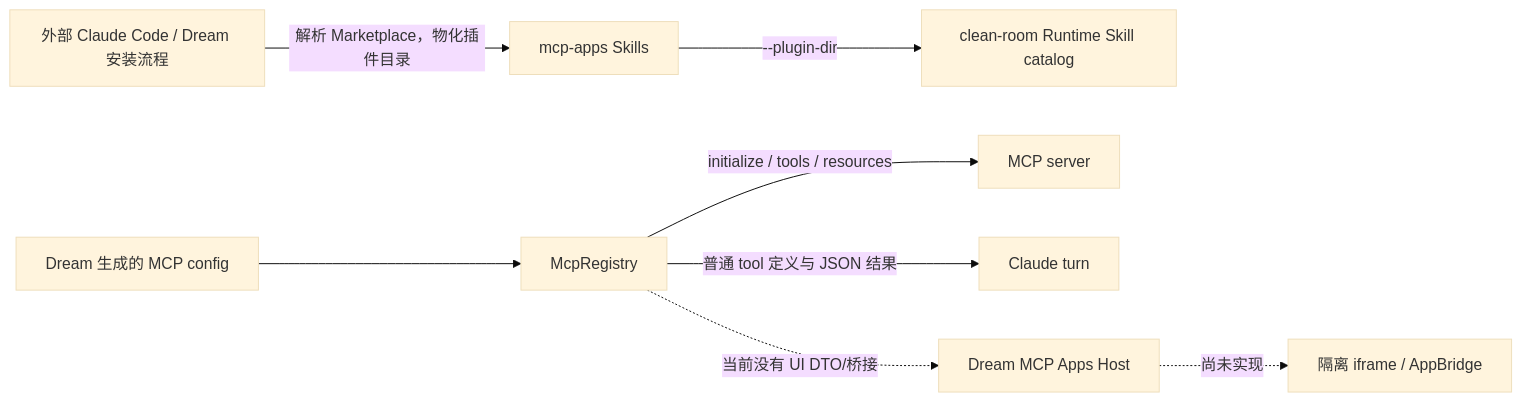
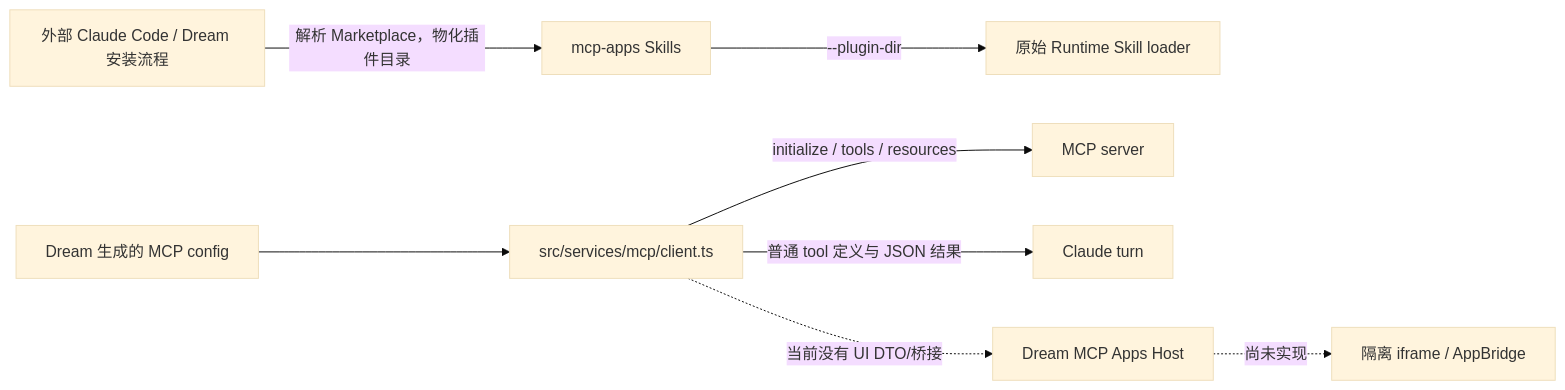
One commit to glide-the/ink-claude-code-dream changed the first of 2 diagrams in docs/design/mcp-apps-marketplace-and-host.md. Above: the diagram before and after it, drawn with Mermaid (base theme). The commit also changed other lines of this file and 2069 other files, not shown here.

````diff
--- a/docs/design/mcp-apps-marketplace-and-host.md
+++ b/docs/design/mcp-apps-marketplace-and-host.md
@@ -96,10 +96,10 @@
 ```mermaid
 flowchart LR
   A["外部 Claude Code / Dream 安装流程"] -->|"解析 Marketplace，物化插件目录"| B["mcp-apps Skills"]
-  B -->|"--plugin-dir"| C["clean-room Runtime Skill catalog"]
-  D["Dream 生成的 MCP config"] --> E["McpRegistry"]
+  B -->|"--plugin-dir"| C["原始 Runtime Skill loader"]
+  D["Dream 生成的 MCP config"] --> E["src/services/mcp/client.ts"]
   E -->|"initialize / tools / resources"| F["MCP server"]
   E -->|"普通 tool 定义与 JSON 结果"| G["Claude turn"]
   E -. "当前没有 UI DTO/桥接" .-> H["Dream MCP Apps Host"]
   H -. "尚未实现" .-> I["隔离 iframe / AppBridge"]
 ```
````
